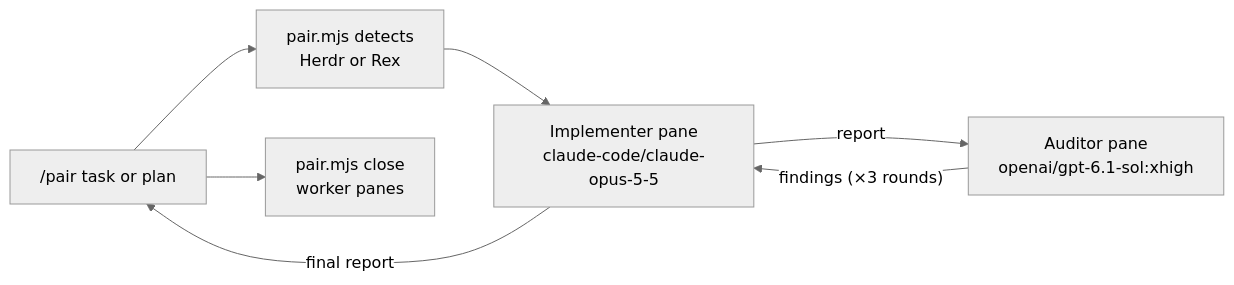
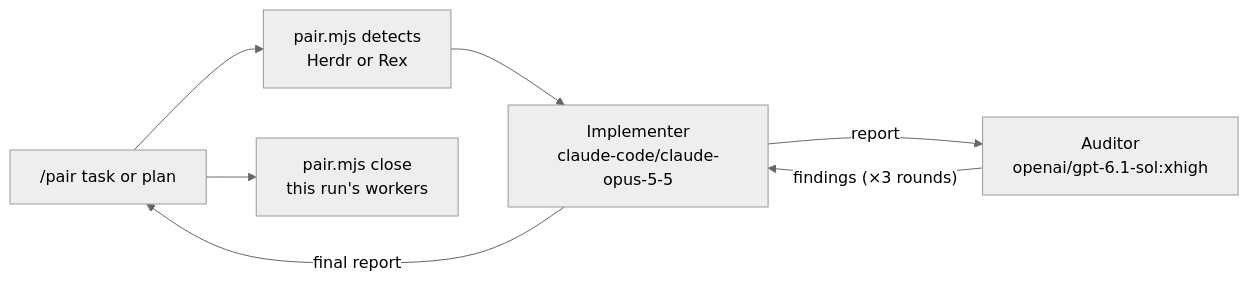
The diagram in skills/pair/SKILL.md (ulvestuen/pi-kit), drawn with Mermaid (neutral theme) before and after one commit. The commit also changed other lines of this file and 13 other files, not shown here.

````diff
--- a/skills/pair/SKILL.md
+++ b/skills/pair/SKILL.md
@@ -8,9 +8,9 @@
 ```mermaid
 flowchart LR
     you["/pair task or plan"] --> detect["pair.mjs detects<br/>Herdr or Rex"]
-    detect --> impl["Implementer pane<br/>claude-code/claude-opus-5-5"]
-    impl -- "report" --> audit["Auditor pane<br/>openai/gpt-6.1-sol:xhigh"]
+    detect --> impl["Implementer<br/>claude-code/claude-opus-5-5"]
+    impl -- "report" --> audit["Auditor<br/>openai/gpt-6.1-sol:xhigh"]
     audit -- "findings (×3 rounds)" --> impl
     impl -- "final report" --> you
-    you --> close["pair.mjs close<br/>worker panes"]
+    you --> close["pair.mjs close<br/>this run's workers"]
 ```
````
